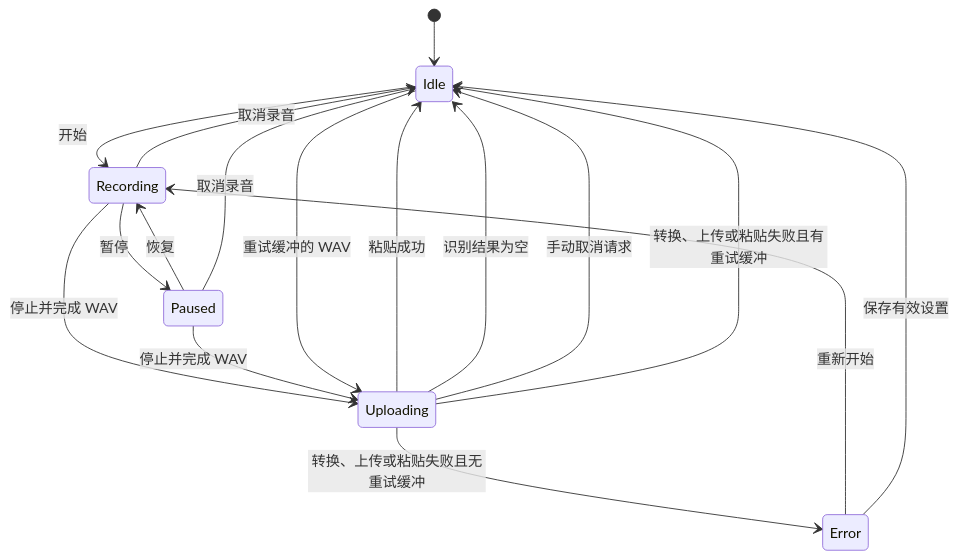
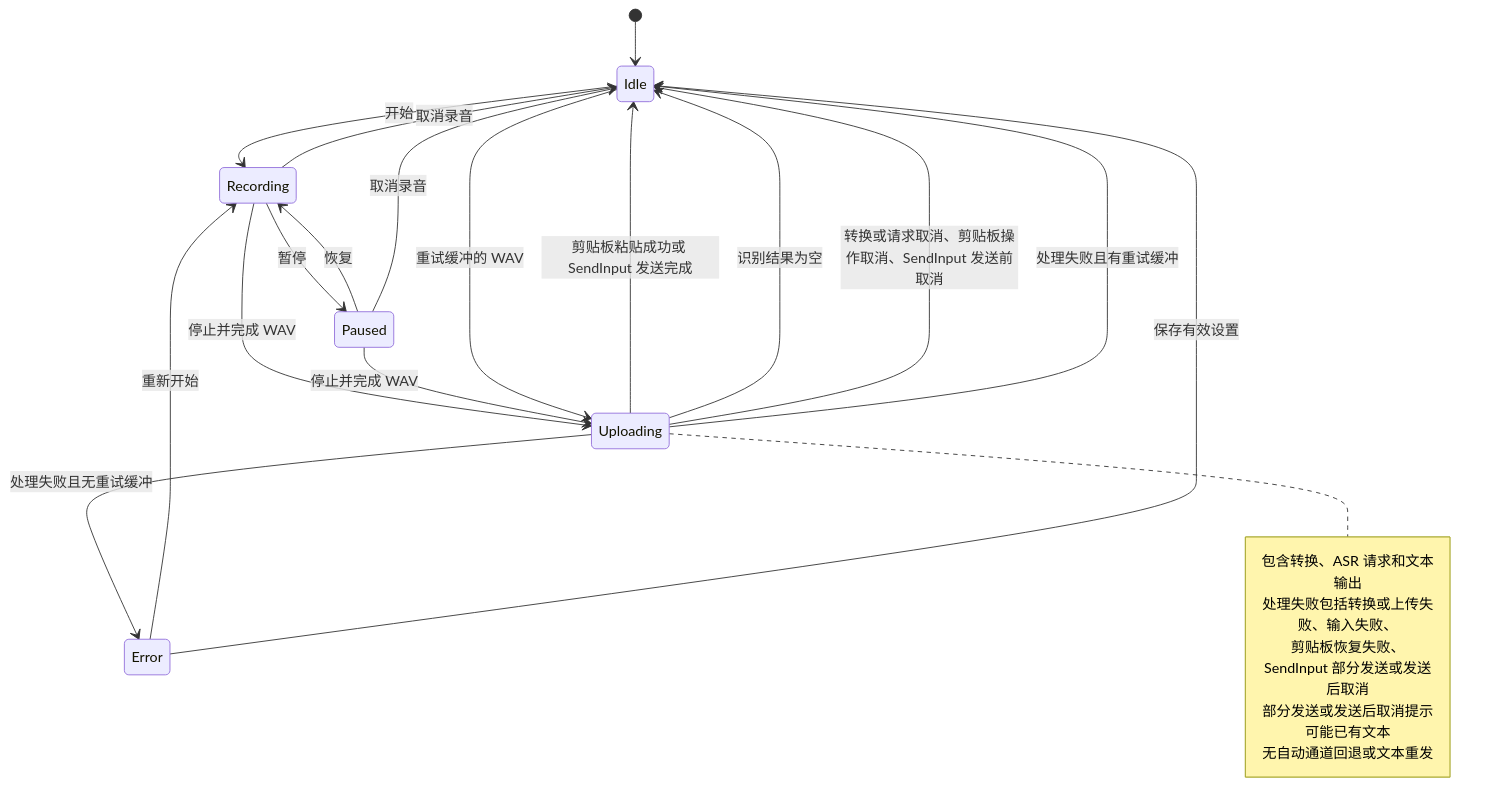
Before and after one commit to Joey-Kot/STT-for-Windows: the third of 3 diagrams in README_ZH.md, drawn with Mermaid. The commit also changed other lines of this file and 12 other files, not shown here.

First line of the commit message:
feat: 新增可选的 SendInput 文本输入通道

````diff
--- a/README_ZH.md
+++ b/README_ZH.md
@@ -159,26 +189,34 @@
 ```mermaid
 stateDiagram-v2
     [*] --> Idle
 
     Idle --> Recording: 开始
     Error --> Recording: 重新开始
 
     Recording --> Paused: 暂停
     Paused --> Recording: 恢复
 
     Recording --> Uploading: 停止并完成 WAV
     Paused --> Uploading: 停止并完成 WAV
 
     Idle --> Uploading: 重试缓冲的 WAV
 
     Recording --> Idle: 取消录音
     Paused --> Idle: 取消录音
 
-    Uploading --> Idle: 粘贴成功
+    Uploading --> Idle: 剪贴板粘贴成功或 SendInput 发送完成
     Uploading --> Idle: 识别结果为空
-    Uploading --> Idle: 手动取消请求
-    Uploading --> Idle: 转换、上传或粘贴失败且有重试缓冲
-    Uploading --> Error: 转换、上传或粘贴失败且无重试缓冲
+    Uploading --> Idle: 转换或请求取消、剪贴板操作取消、SendInput 发送前取消
+    Uploading --> Idle: 处理失败且有重试缓冲
+    Uploading --> Error: 处理失败且无重试缓冲
+
+    note right of Uploading
+        包含转换、ASR 请求和文本输出
+        处理失败包括转换或上传失败、输入失败、
+        剪贴板恢复失败、SendInput 部分发送或发送后取消
+        部分发送或发送后取消提示可能已有文本
+        无自动通道回退或文本重发
+    end note
 
     Error --> Idle: 保存有效设置
 ```
````
